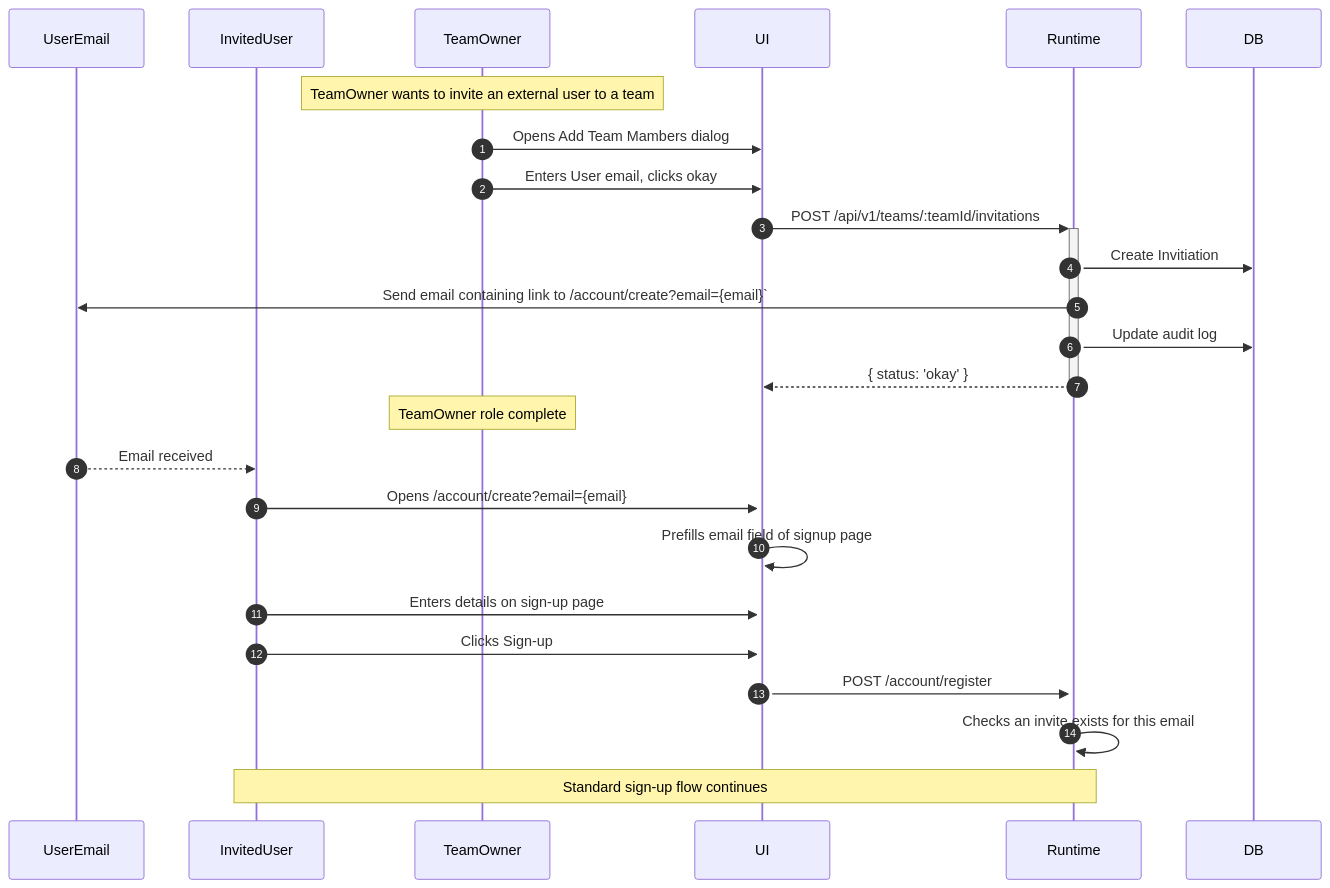
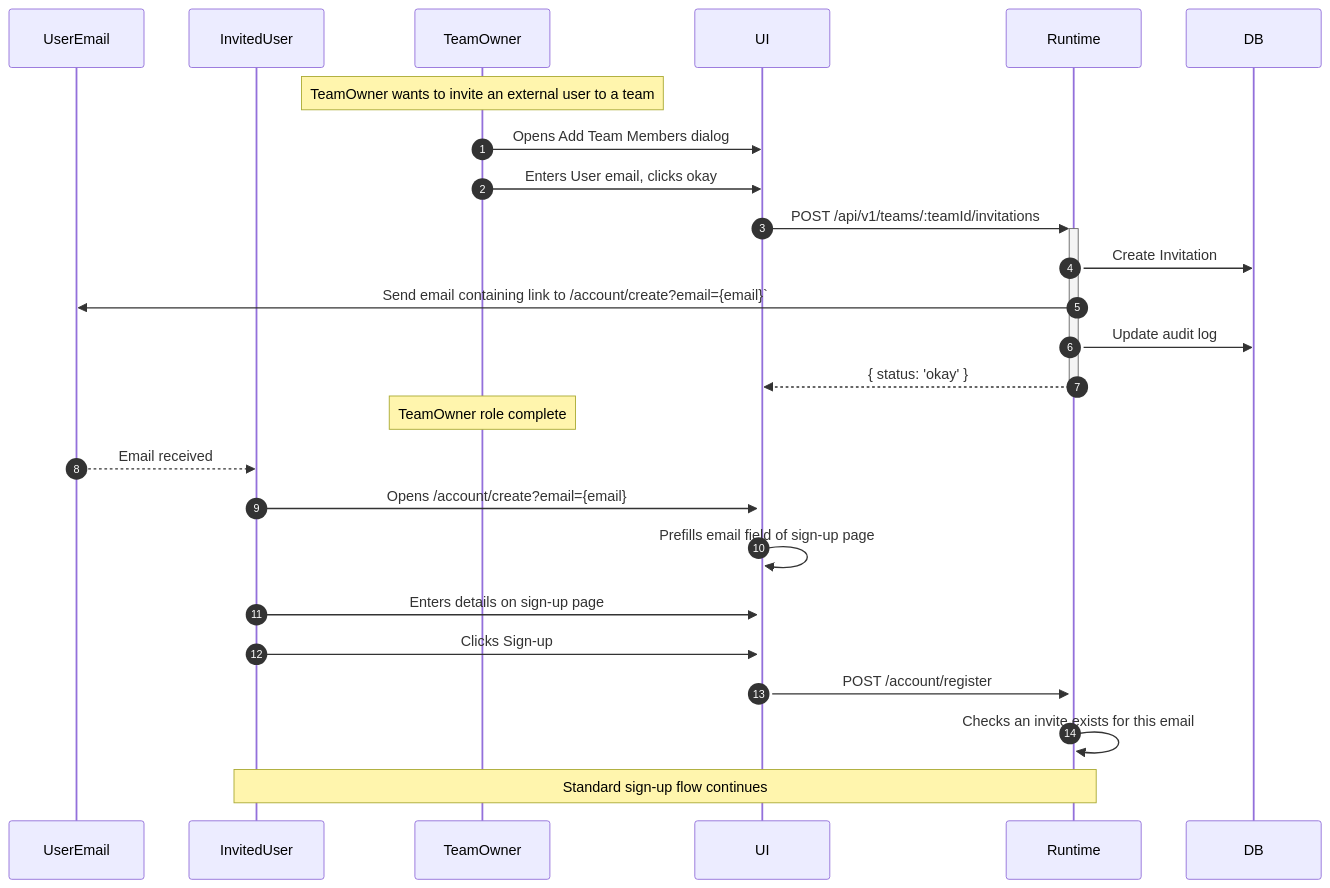
The diagram in docs/contribute/workflows/invite-external-user.md (FlowFuse/flowfuse), drawn with Mermaid before and after one commit. The commit also changed 7 other files, not shown here.

````diff
--- a/docs/contribute/workflows/invite-external-user.md
+++ b/docs/contribute/workflows/invite-external-user.md
@@ -3,27 +3,27 @@
 ```mermaid
 sequenceDiagram
     autonumber
     participant UserEmail
     participant InvitedUser
     participant TeamOwner
     participant UI
     participant Runtime
     participant DB
     Note over TeamOwner: TeamOwner wants to invite an external user to a team
-    TeamOwner->>UI: Opens Add Team Mambers dialog
+    TeamOwner->>UI: Opens Add Team Members dialog
     TeamOwner->>UI: Enters User email, clicks okay
     UI->>+Runtime: POST /api/v1/teams/:teamId/invitations
-    Runtime->>DB: Create Invitiation
+    Runtime->>DB: Create Invitation
     Runtime->>UserEmail: Send email containing link to /account/create?email={email}`
     Runtime->>DB: Update audit log
     Runtime-->>-UI: { status: 'okay' }
     Note over TeamOwner: TeamOwner role complete
     UserEmail-->>InvitedUser: Email received
     InvitedUser->>+UI: Opens /account/create?email={email}
-    UI->>UI: Prefills email field of signup page
+    UI->>UI: Prefills email field of sign-up page
     InvitedUser->>UI: Enters details on sign-up page
     InvitedUser->>UI: Clicks Sign-up
     UI->>+Runtime: POST /account/register
     Runtime->>Runtime: Checks an invite exists for this email
     Note over InvitedUser,Runtime: Standard sign-up flow continues
 ```
````
